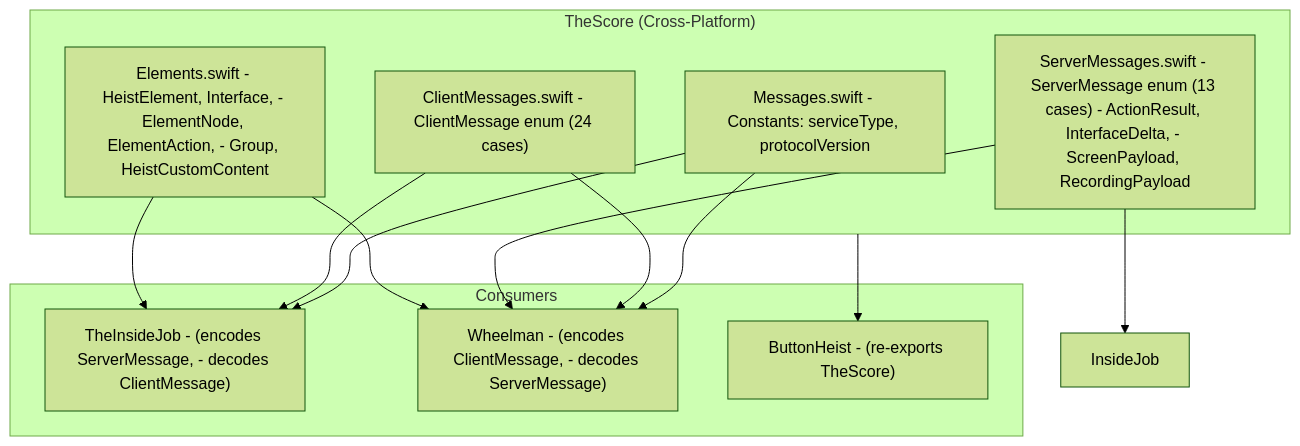
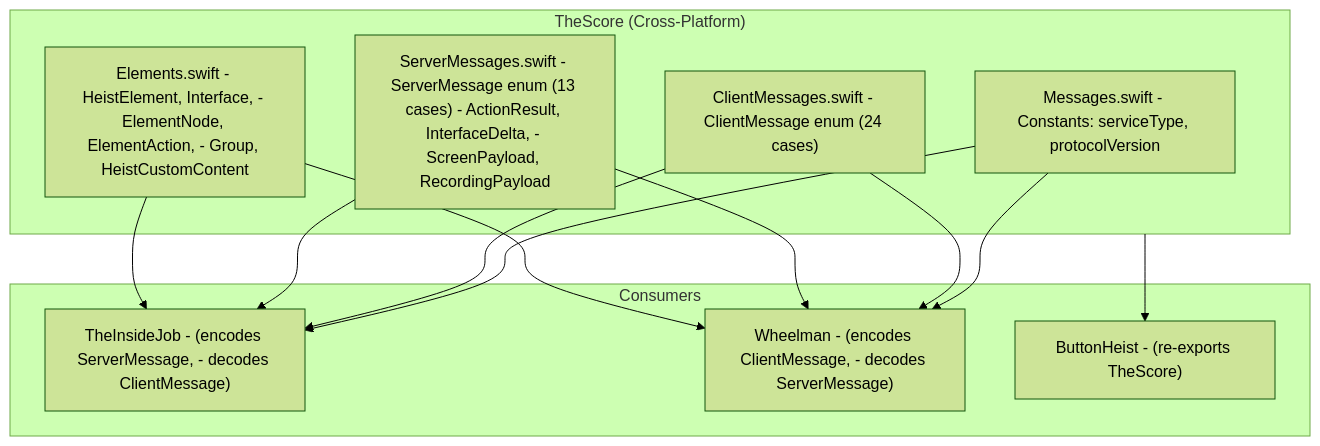
One commit to RoyalPineapple/TheButtonHeist changed the first of 3 diagrams in docs/dossiers/07-THESCORE.md. Above: the diagram before and after it, drawn with Mermaid (forest theme). The commit also changed 11 other files, not shown here.

First line of the commit message:
Docs: update for TheButtonHeist, TheWheelman, TheInsideJob layout

````diff
--- a/docs/dossiers/07-THESCORE.md
+++ b/docs/dossiers/07-THESCORE.md
@@ -22,25 +22,25 @@
 ```mermaid
 graph TD
     subgraph TheScore["TheScore (Cross-Platform)"]
         Messages["Messages.swift - Constants: serviceType, protocolVersion"]
         Client["ClientMessages.swift - ClientMessage enum (24 cases)"]
         Server["ServerMessages.swift - ServerMessage enum (13 cases) - ActionResult, InterfaceDelta, - ScreenPayload, RecordingPayload"]
         Elements["Elements.swift - HeistElement, Interface, - ElementNode, ElementAction, - Group, HeistCustomContent"]
     end
 
     subgraph Consumers["Consumers"]
         TheInsideJob["TheInsideJob - (encodes ServerMessage, - decodes ClientMessage)"]
         Wheelman["Wheelman - (encodes ClientMessage, - decodes ServerMessage)"]
         ButtonHeist["ButtonHeist - (re-exports TheScore)"]
     end
 
     Messages --> TheInsideJob
     Messages --> Wheelman
     Client --> TheInsideJob
     Client --> Wheelman
-    Server --> InsideJob
+    Server --> TheInsideJob
     Server --> Wheelman
     Elements --> TheInsideJob
     Elements --> Wheelman
     TheScore --> ButtonHeist
 ```
````
